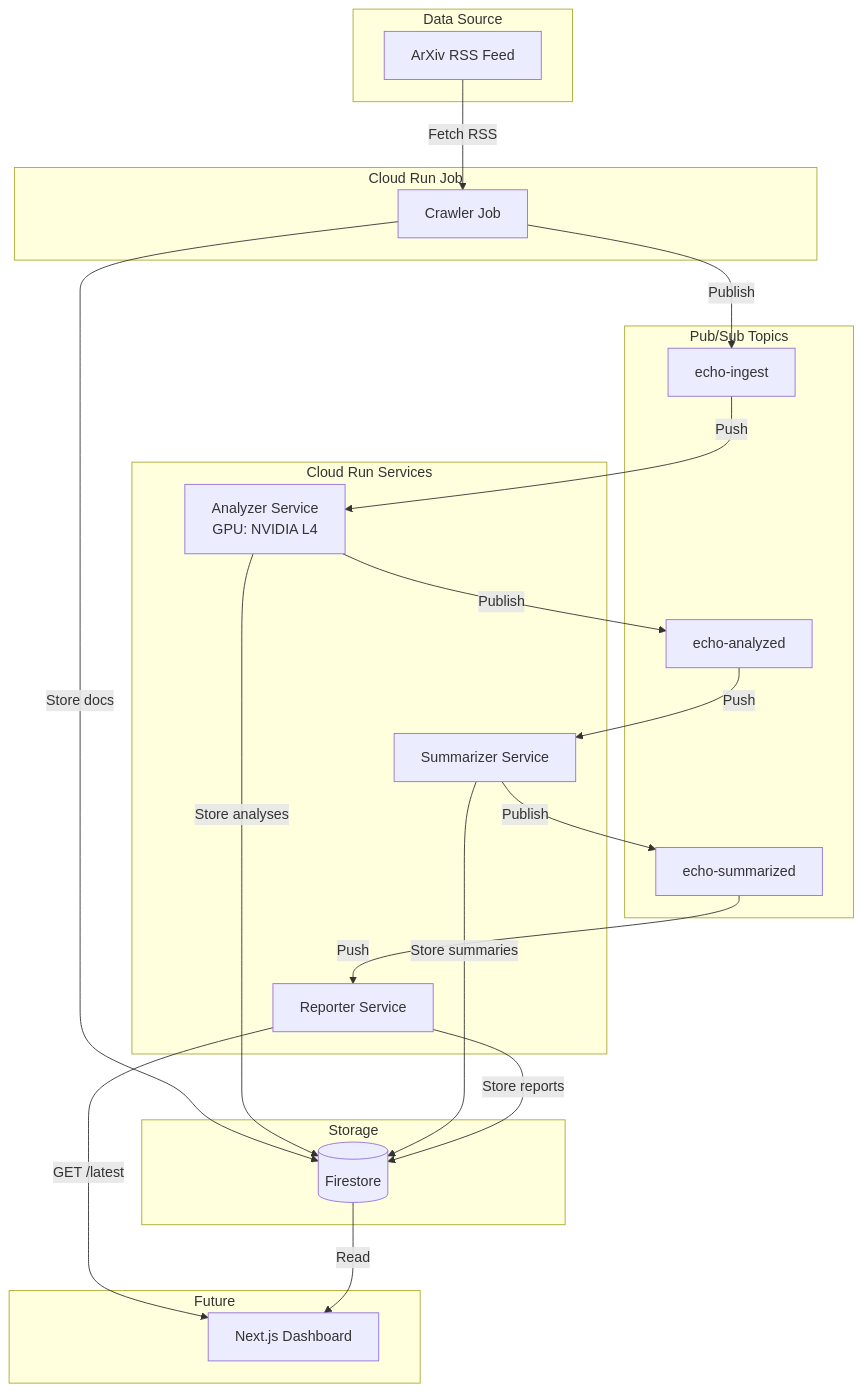
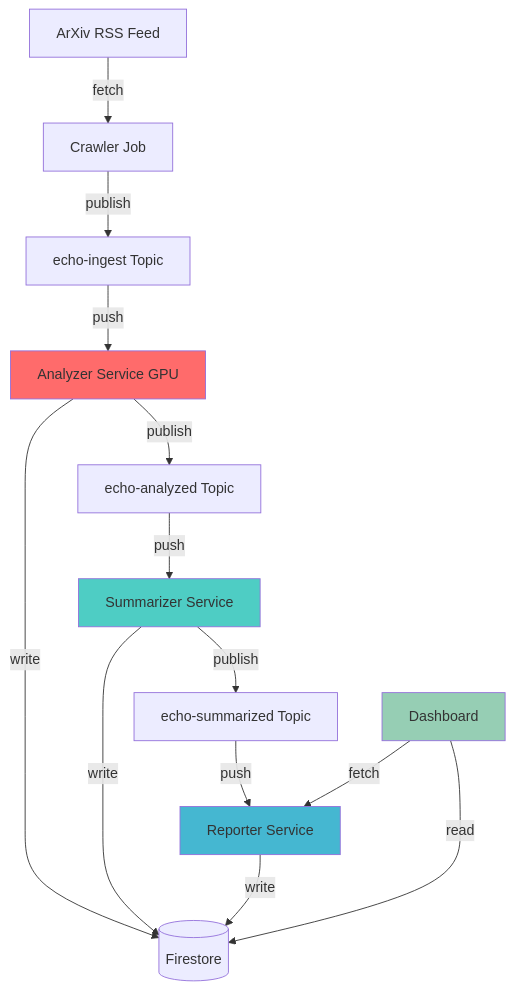
The first of 6 diagrams in docs/arch.md (ttvtimotheus/project-echo), drawn with Mermaid before and after one commit. The commit also changed other lines of this file and 12 other files, not shown here.

````diff
--- a/docs/arch.md
+++ b/docs/arch.md
@@ -9,44 +7,20 @@
 ```mermaid
 graph TB
-    subgraph "Data Source"
-        A[ArXiv RSS Feed]
-    end
+    A[ArXiv RSS Feed] -->|fetch| B[Crawler Job]
+    B -->|publish| C[echo-ingest Topic]
+    C -->|push| D[Analyzer Service GPU]
+    D -->|write| E[(Firestore)]
+    D -->|publish| F[echo-analyzed Topic]
+    F -->|push| G[Summarizer Service]
+    G -->|write| E
+    G -->|publish| H[echo-summarized Topic]
+    H -->|push| I[Reporter Service]
+    I -->|write| E
+    J[Dashboard] -->|read| E
+    J -->|fetch| I
     
-    subgraph "Cloud Run Job"
-        B[Crawler Job]
-    end
-    
-    subgraph "Pub/Sub Topics"
-        T1[echo-ingest]
-        T2[echo-analyzed]
-        T3[echo-summarized]
-    end
-    
-    subgraph "Cloud Run Services"
-        C[Analyzer Service<br/>GPU: NVIDIA L4]
-        D[Summarizer Service]
-        E[Reporter Service]
-    end
-    
-    subgraph "Storage"
-        F[(Firestore)]
-    end
-    
-    subgraph "Future"
-        G[Next.js Dashboard]
-    end
-    
-    A -->|Fetch RSS| B
-    B -->|Store docs| F
-    B -->|Publish| T1
-    T1 -->|Push| C
-    C -->|Store analyses| F
-    C -->|Publish| T2
-    T2 -->|Push| D
-    D -->|Store summaries| F
-    D -->|Publish| T3
-    T3 -->|Push| E
-    E -->|Store reports| F
-    E -->|GET /latest| G
-    F -->|Read| G
+    style D fill:#ff6b6b
+    style G fill:#4ecdc4
+    style I fill:#45b7d1
+    style J fill:#96ceb4
 ```
````
